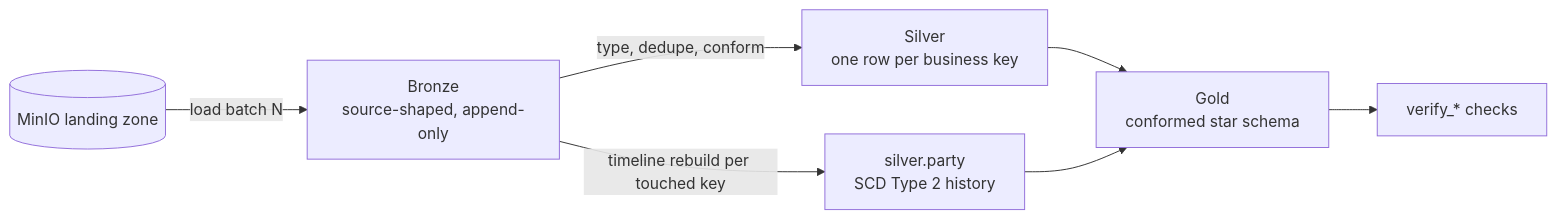
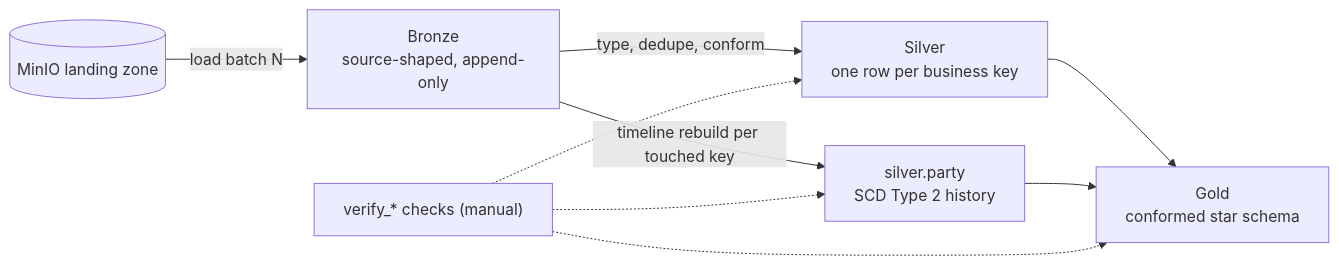
Before and after one commit to rjdscott/spark-delta-lakehouse: the diagram in docs/pipeline.md, drawn with Mermaid. The commit also changed other lines of this file and 5 other files, not shown here.

````diff
--- a/docs/pipeline.md
+++ b/docs/pipeline.md
@@ -7,10 +7,12 @@
 ```mermaid
 flowchart LR
     landing[("MinIO landing zone")]
     landing -->|"load batch N"| bronze["Bronze<br/>source-shaped, append-only"]
     bronze -->|"type, dedupe, conform"| silver["Silver<br/>one row per business key"]
     bronze -->|"timeline rebuild per touched key"| scd2["silver.party<br/>SCD Type 2 history"]
     silver --> gold["Gold<br/>conformed star schema"]
     scd2 --> gold
-    gold --> verify["verify_* checks"]
+    verify["verify_* checks (manual)"] -.-> silver
+    verify -.-> scd2
+    verify -.-> gold
 ```
````
